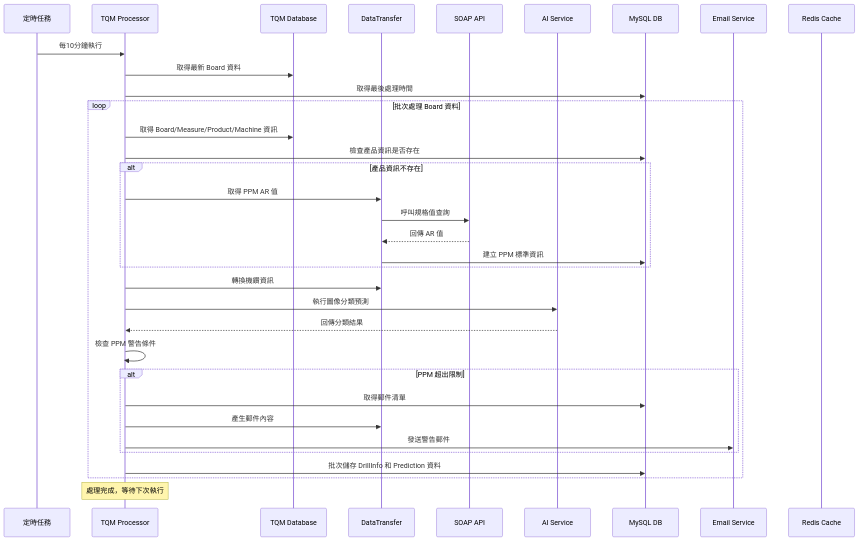
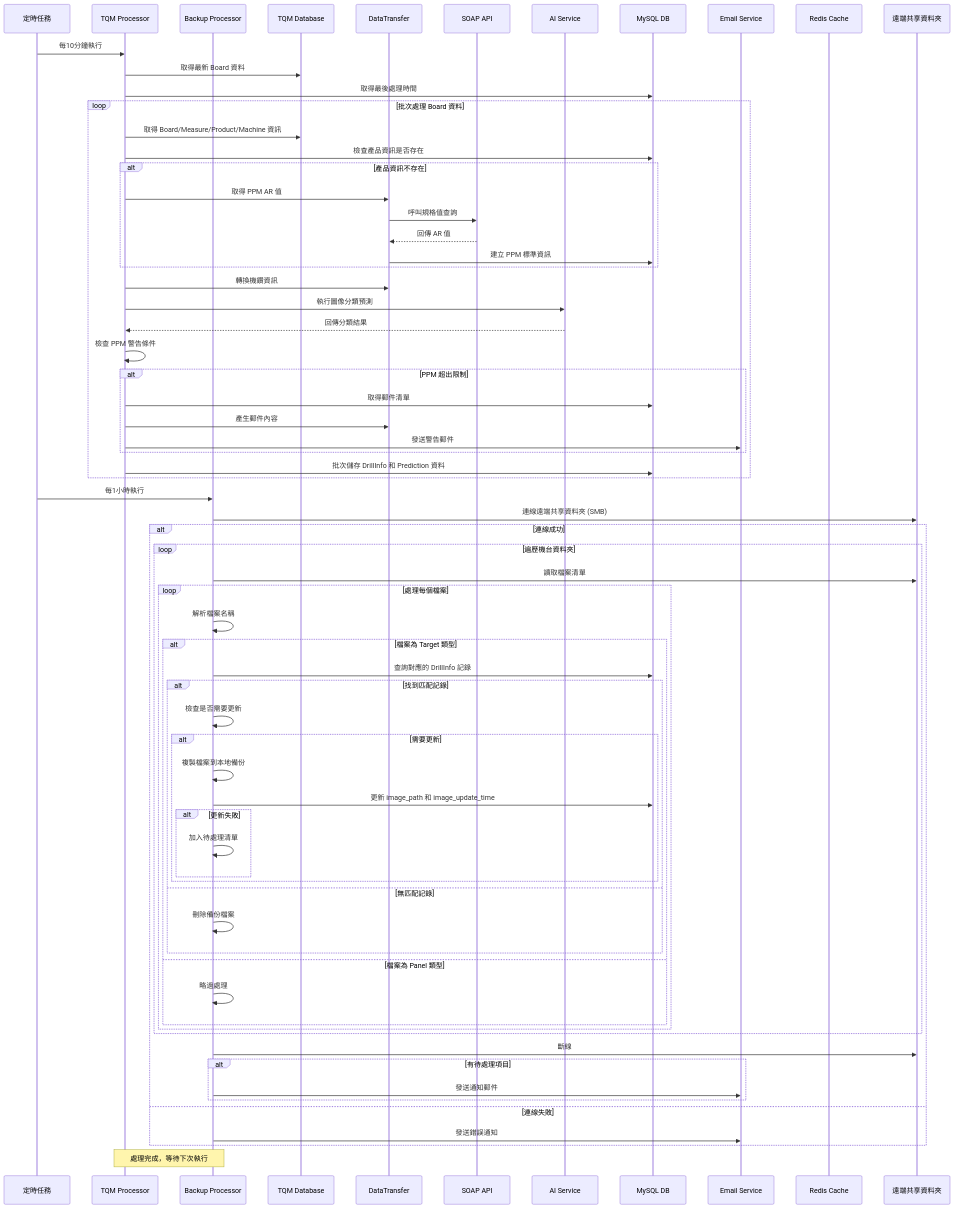
One commit to fiveflower0130/automatic-ppm-criterion-highlight-system changed the second of 7 diagrams in mermaid.md. Above: the diagram before and after it, drawn with Mermaid. The commit also changed other lines of this file, not shown here.

First line of the commit message:
feat(backup): 新增備份處理流程與錯誤通知機制

````diff
--- a/mermaid.md
+++ b/mermaid.md
@@ -62,6 +82,7 @@
 sequenceDiagram
     participant Timer as 定時任務
     participant TQM as TQM Processor
+    participant Backup as Backup Processor
     participant MSSQL as TQM Database
     participant Transfer as DataTransfer
     participant SOAP as SOAP API
@@ -69,7 +90,9 @@
     participant MySQL as MySQL DB
     participant Email as Email Service
     participant Redis as Redis Cache
+    participant Remote as 遠端共享資料夾
     
+    %% TQM 處理流程
     Timer->>TQM: 每10分鐘執行
     TQM->>MSSQL: 取得最新 Board 資料
     TQM->>MySQL: 取得最後處理時間
@@ -100,5 +123,48 @@
         TQM->>MySQL: 批次儲存 DrillInfo 和 Prediction 資料
     end
     
-    Note over TQM: 處理完成，等待下次執行
+    %% Backup 處理流程
+    Timer->>Backup: 每1小時執行
+    Backup->>Remote: 連線遠端共享資料夾 (SMB)
+    
+    alt 連線成功
+        loop 遍歷機台資料夾
+            Backup->>Remote: 讀取檔案清單
+            
+            loop 處理每個檔案
+                Backup->>Backup: 解析檔案名稱
+                
+                alt 檔案為 Target 類型
+                    Backup->>MySQL: 查詢對應的 DrillInfo 記錄
+                    
+                    alt 找到匹配記錄
+                        Backup->>Backup: 檢查是否需要更新
+                        
+                        alt 需要更新
+                            Backup->>Backup: 複製檔案到本地備份
+                            Backup->>MySQL: 更新 image_path 和 image_update_time
+                            
+                            alt 更新失敗
+                                Backup->>Backup: 加入待處理清單
+                            end
+                        end
+                    else 無匹配記錄
+                        Backup->>Backup: 刪除備份檔案
+                    end
+                else 檔案為 Panel 類型
+                    Backup->>Backup: 略過處理
+                end
+            end
+        end
+        
+        Backup->>Remote: 斷線
+        
+        alt 有待處理項目
+            Backup->>Email: 發送通知郵件
+        end
+    else 連線失敗
+        Backup->>Email: 發送錯誤通知
+    end
+    
+    Note over TQM,Backup: 處理完成，等待下次執行
 ```
````
